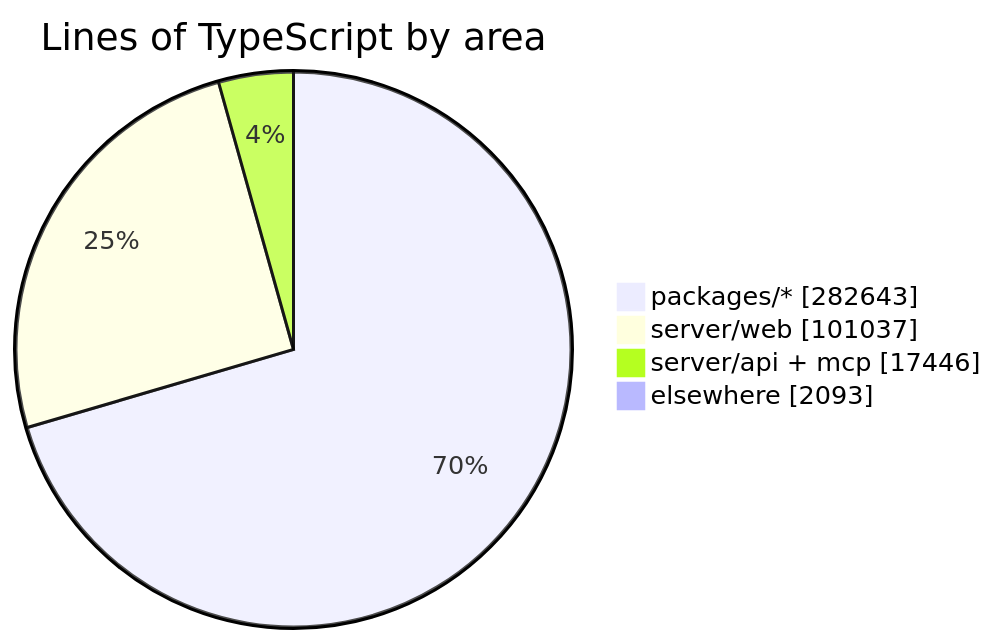
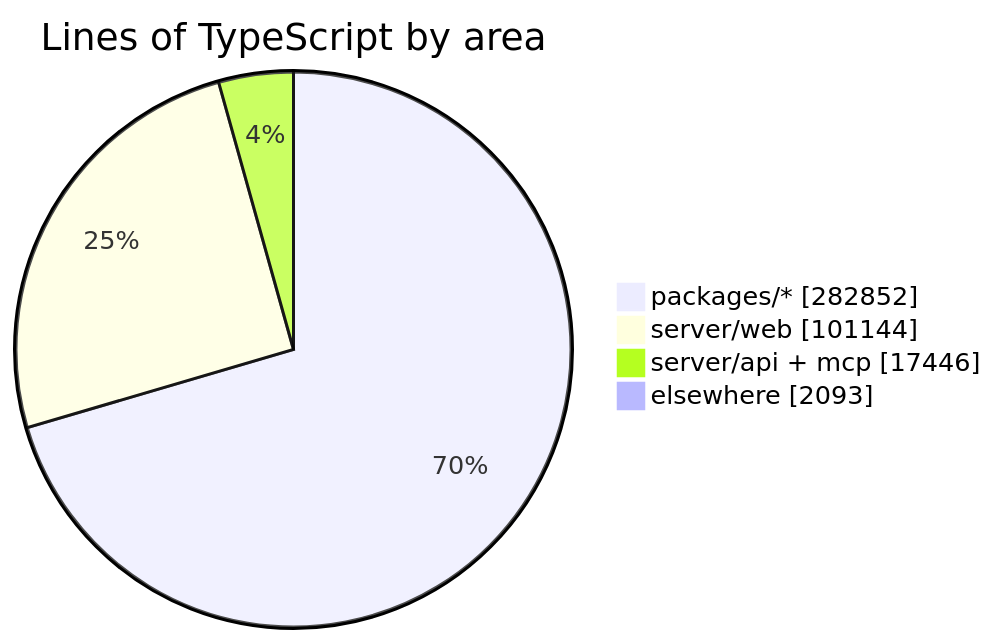
The diagram in README.md (crossworks-engineering/mantle), drawn with Mermaid before and after one commit. The commit also changed other lines of this file and 2 other files, not shown here.

````diff
--- a/README.md
+++ b/README.md
@@ -294,7 +294,7 @@
 ```mermaid
 pie showData title Lines of TypeScript by area
-    "packages/*" : 282643
-    "server/web" : 101037
+    "packages/*" : 282852
+    "server/web" : 101144
     "server/api + mcp" : 17446
     "elsewhere" : 2093
 ```
````
